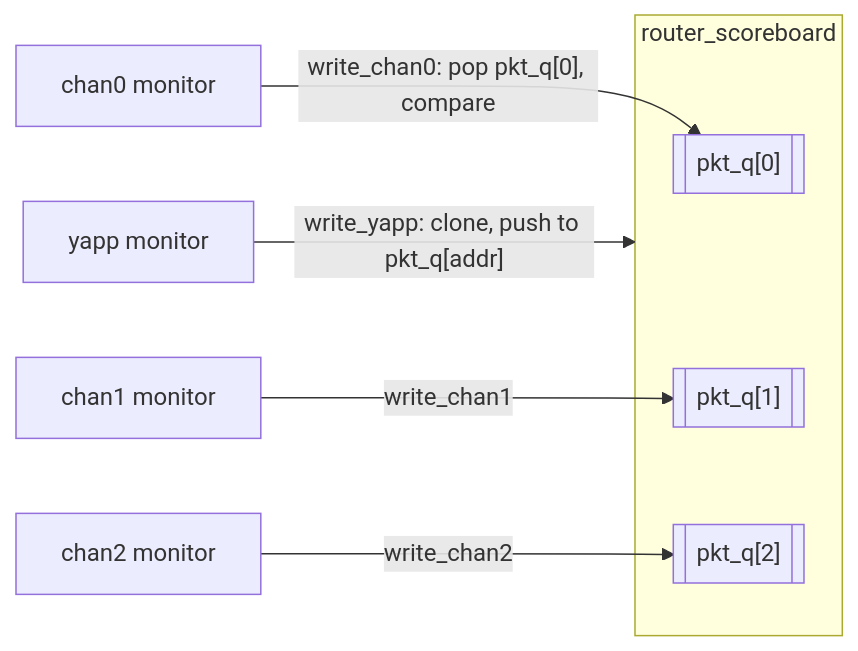
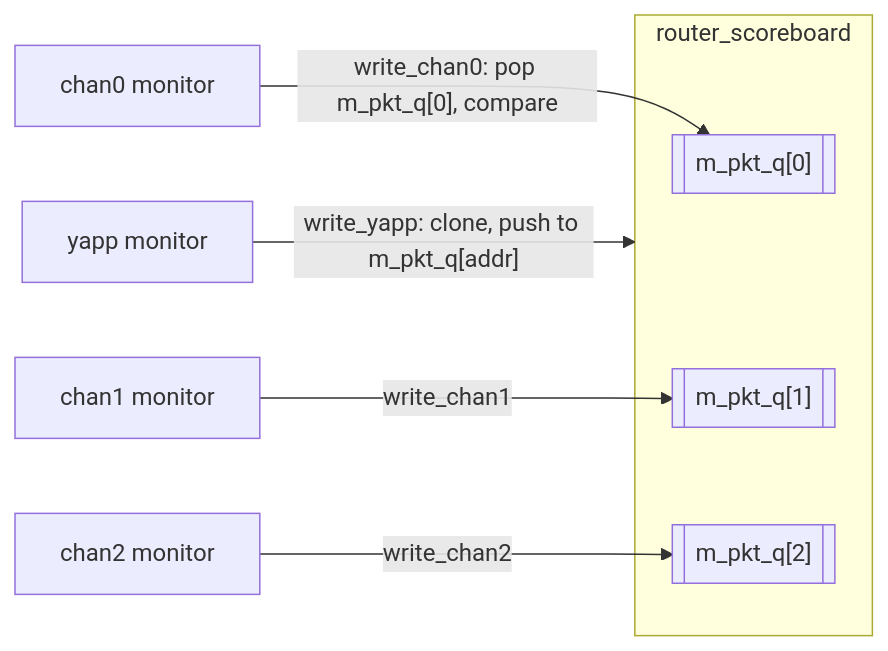
One commit to tamirgabgab/Qcom-Mentoring changed the diagram in docs/components/scoreboard.md. Above: the diagram before and after it, drawn with Mermaid. The commit also changed 83 other files, not shown here.

First line of the commit message:
Site diagrams use the code's variable names

````diff
--- a/docs/components/scoreboard.md
+++ b/docs/components/scoreboard.md
@@ -10,12 +10,12 @@
 ```mermaid
 flowchart LR
-    Y["yapp monitor"] -->|"write_yapp: clone, push to pkt_q[addr]"| SB
+    Y["yapp monitor"] -->|"write_yapp: clone, push to m_pkt_q[addr]"| SB
     subgraph SB["router_scoreboard"]
-        Q0[["pkt_q[0]"]]
-        Q1[["pkt_q[1]"]]
-        Q2[["pkt_q[2]"]]
+        Q0[["m_pkt_q[0]"]]
+        Q1[["m_pkt_q[1]"]]
+        Q2[["m_pkt_q[2]"]]
     end
-    C0["chan0 monitor"] -->|"write_chan0: pop pkt_q[0], compare"| Q0
+    C0["chan0 monitor"] -->|"write_chan0: pop m_pkt_q[0], compare"| Q0
     C1["chan1 monitor"] -->|"write_chan1"| Q1
     C2["chan2 monitor"] -->|"write_chan2"| Q2
 ```
````
